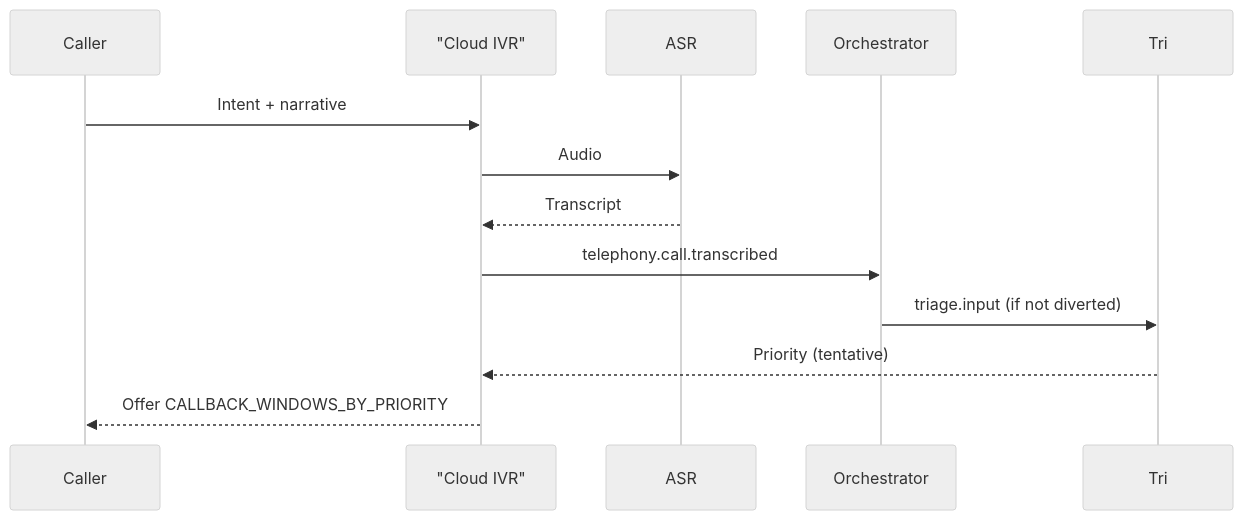
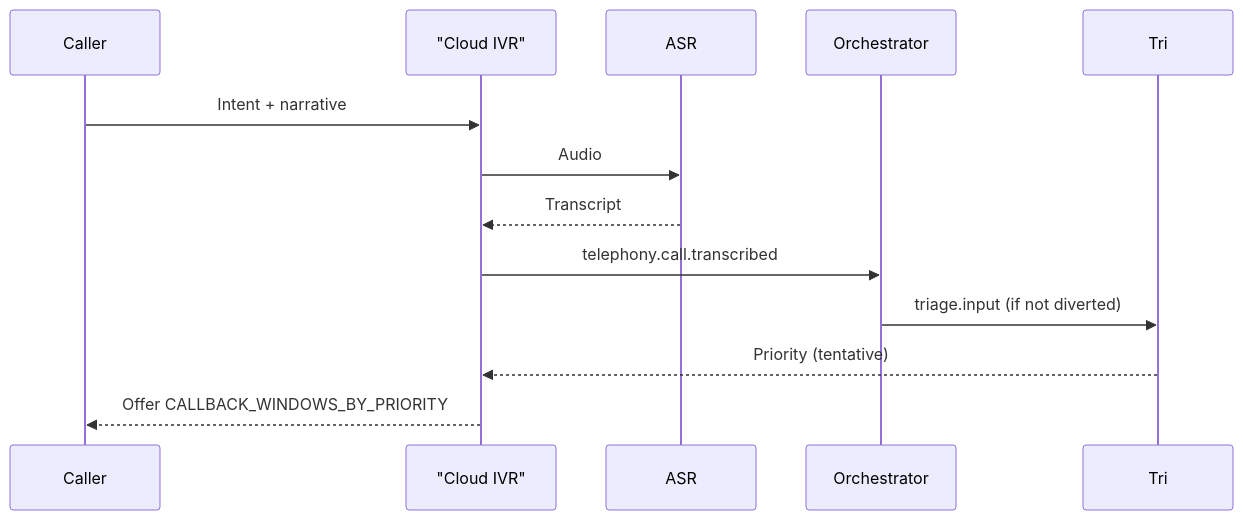
The third of 12 diagrams in Algorithm.md (georgeahmed/onecare), drawn with Mermaid before and after one commit. The commit also changed other lines of this file, not shown here.

````diff
--- a/Algorithm.md
+++ b/Algorithm.md
@@ -218,16 +203,15 @@
 ```mermaid
-%%{init: {'theme':'neutral'}}%%
 sequenceDiagram
   participant Caller
   participant IVR as "Cloud IVR"
   participant ASR
   participant Orc as Orchestrator
   participant Tri
   Caller->>IVR: Intent + narrative
   IVR->>ASR: Audio
   ASR-->>IVR: Transcript
   IVR->>Orc: telephony.call.transcribed
   Orc->>Tri: triage.input (if not diverted)
   Tri-->>IVR: Priority (tentative)
   IVR-->>Caller: Offer CALLBACK_WINDOWS_BY_PRIORITY
 ```
````
